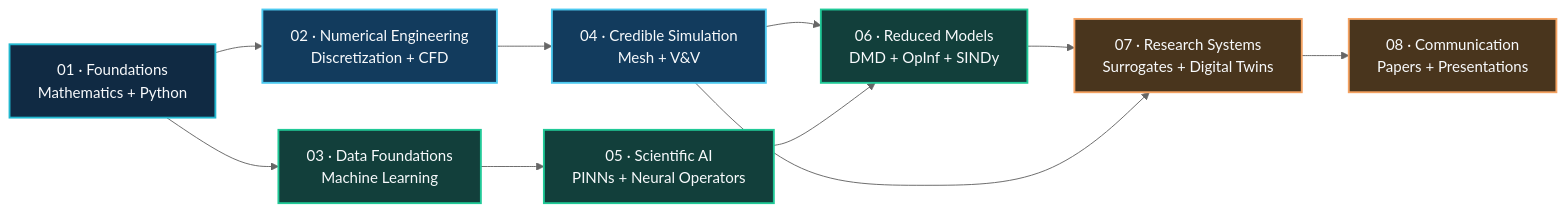
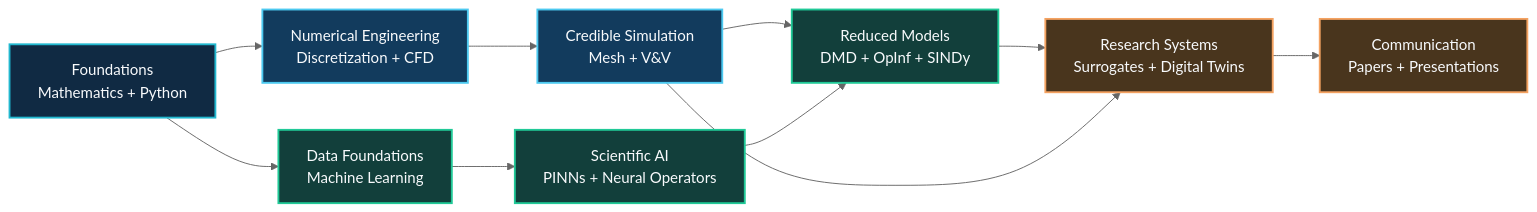
The first of 2 diagrams in README.md (islam-md-didarul/mechanical-cfd-ai-research-hub), drawn with Mermaid (neutral theme) before and after one commit. The commit also changed other lines of this file, not shown here.

Commit message:
Refine README formatting and flowchart labels
Updated list formatting and corrected spacing in workflows section. Modified flowchart labels for consistency.

````diff
--- a/README.md
+++ b/README.md
@@ -89,31 +89,31 @@
 ```mermaid
 flowchart LR
-    A["01 · Foundations<br/>Mathematics + Python"]
-    B["02 · Numerical Engineering<br/>Discretization + CFD"]
-    C["03 · Data Foundations<br/>Machine Learning"]
-    D["04 · Credible Simulation<br/>Mesh + V&V"]
-    E["05 · Scientific AI<br/>PINNs + Neural Operators"]
-    F["06 · Reduced Models<br/>DMD + OpInf + SINDy"]
-    G["07 · Research Systems<br/>Surrogates + Digital Twins"]
-    H["08 · Communication<br/>Papers + Presentations"]
+    A["Foundations<br/>Mathematics + Python"]
+    B["Numerical Engineering<br/>Discretization + CFD"]
+    C["Data Foundations<br/>Machine Learning"]
+    D["Credible Simulation<br/>Mesh + V&V"]
+    E["Scientific AI<br/>PINNs + Neural Operators"]
+    F["Reduced Models<br/>DMD + OpInf + SINDy"]
+    G["Research Systems<br/>Surrogates + Digital Twins"]
+    H["Communication<br/>Papers + Presentations"]
 
     A --> B
     A --> C
     B --> D
     C --> E
     D --> F
     E --> F
     F --> G
     D --> G
     G --> H
 
     classDef foundation fill:#102A43,stroke:#22B8CF,color:#F8FAFC,stroke-width:2px;
     classDef engineering fill:#123B5D,stroke:#4CC9F0,color:#F8FAFC,stroke-width:2px;
     classDef ai fill:#123F3B,stroke:#20C997,color:#F8FAFC,stroke-width:2px;
     classDef output fill:#49351D,stroke:#F4A261,color:#F8FAFC,stroke-width:2px;
 
     class A foundation;
     class B,D engineering;
     class C,E,F ai;
     class G,H output;
 ```
````
